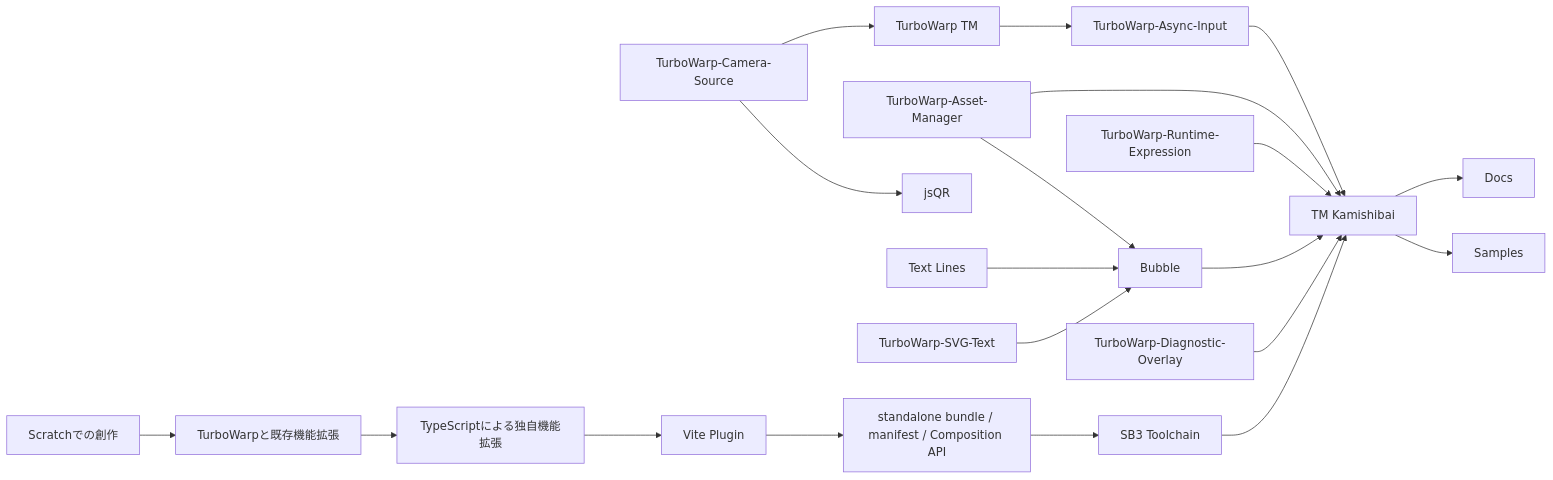
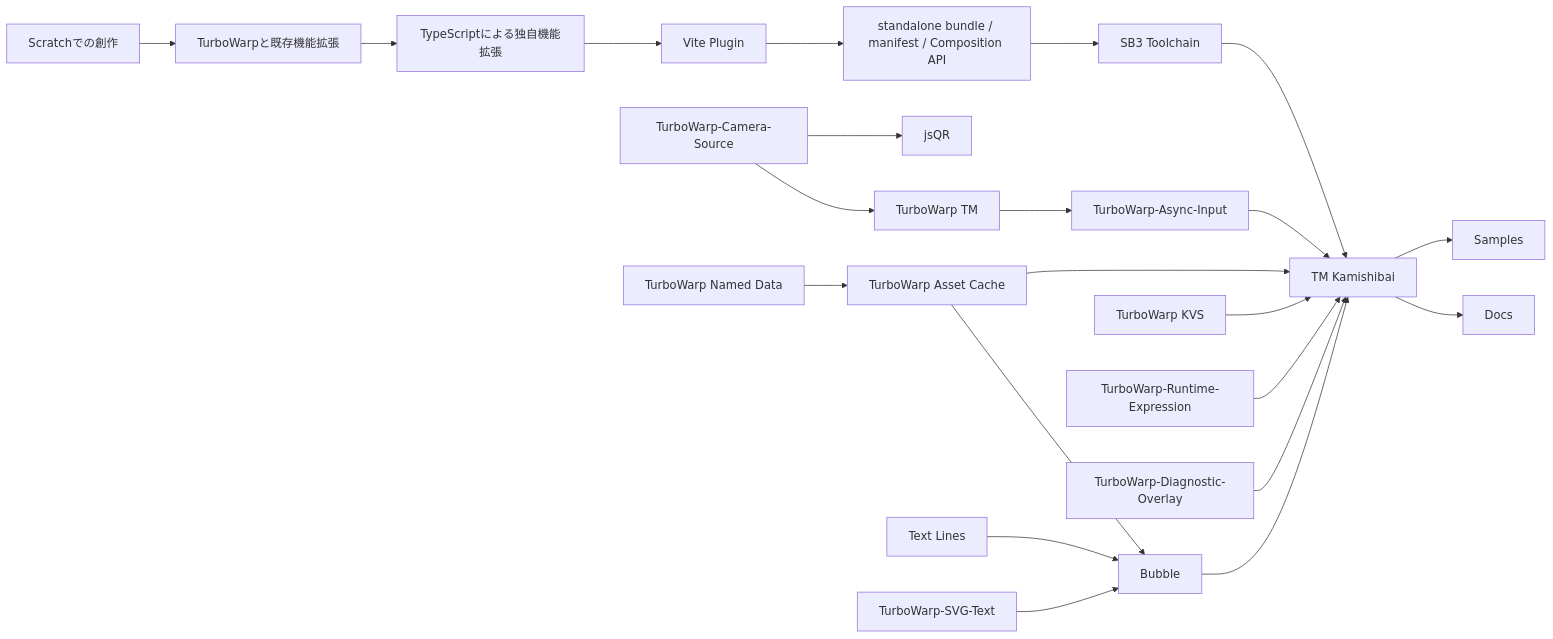
The diagram in docs/developer-guides/turbowarp-ecosystem.md (kubohiroya/tm-kamishibai-docs), drawn with Mermaid before and after one commit. The commit also changed other lines of this file and 3 other files, not shown here.

Commit message:
docs: record Asset Cache Named Data dependency (#185)

````diff
--- a/docs/developer-guides/turbowarp-ecosystem.md
+++ b/docs/developer-guides/turbowarp-ecosystem.md
@@ -28,22 +28,24 @@
 ```mermaid
 flowchart LR
   scratch[Scratchでの創作] --> turbowarp[TurboWarpと既存機能拡張]
   turbowarp --> typescript[TypeScriptによる独自機能拡張]
   typescript --> vite[Vite Plugin]
   vite --> bundles[standalone bundle / manifest / Composition API]
   bundles --> sb3[SB3 Toolchain]
   camera[TurboWarp-Camera-Source] --> tm[TurboWarp TM]
   camera --> jsqr[jsQR]
   tm --> async[TurboWarp-Async-Input]
-  asset[TurboWarp-Asset-Manager] --> bubble[Bubble]
+  named[TurboWarp Named Data] --> asset[TurboWarp Asset Cache]
+  asset --> bubble[Bubble]
   text[Text Lines] --> bubble
   svg[TurboWarp-SVG-Text] --> bubble
   async --> app[TM Kamishibai]
   asset --> app
+  kvs[TurboWarp KVS] --> app
   expression[TurboWarp-Runtime-Expression] --> app
   bubble --> app
   diagnostic[TurboWarp-Diagnostic-Overlay] --> app
   sb3 --> app
   app --> docs[Docs]
   app --> samples[Samples]
 ```
````
